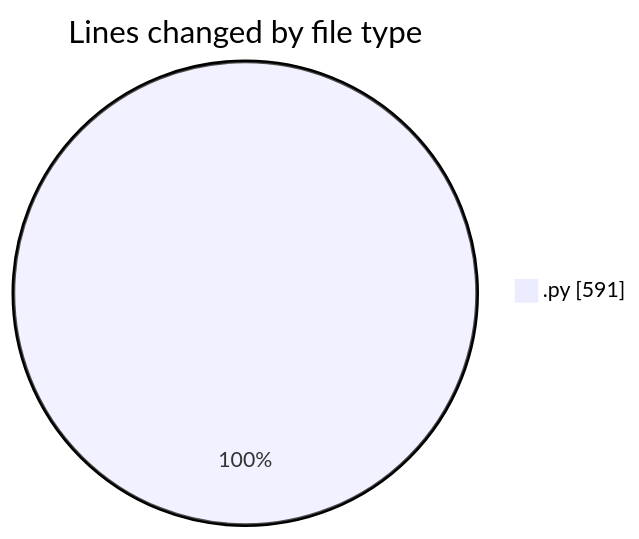
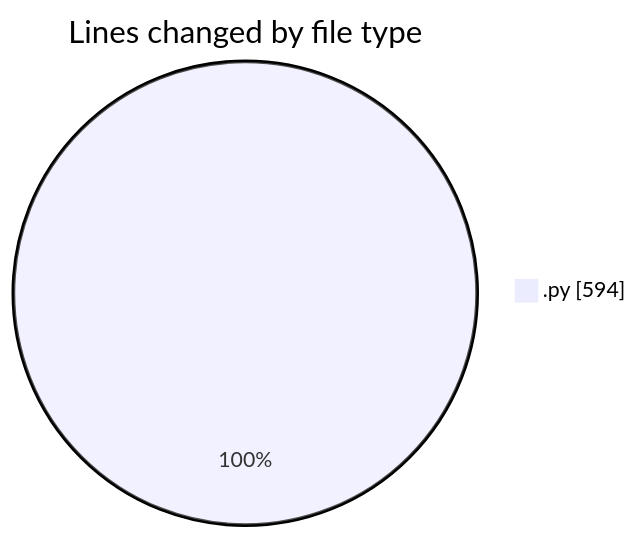
The first of 2 diagrams in 2025-11-08/eventscop-api-guide__workspace_/README.md (julien-gomy/code-tracking), drawn with Mermaid before and after one commit. The commit also changed other lines of this file and 1 other file, not shown here.

````diff
--- a/2025-11-08/eventscop-api-guide__workspace_/README.md
+++ b/2025-11-08/eventscop-api-guide__workspace_/README.md
@@ -21,5 +21,5 @@
 ```mermaid
 pie showData
 title Lines changed by file type
-".py" : 591
+".py" : 594
 ```
````
